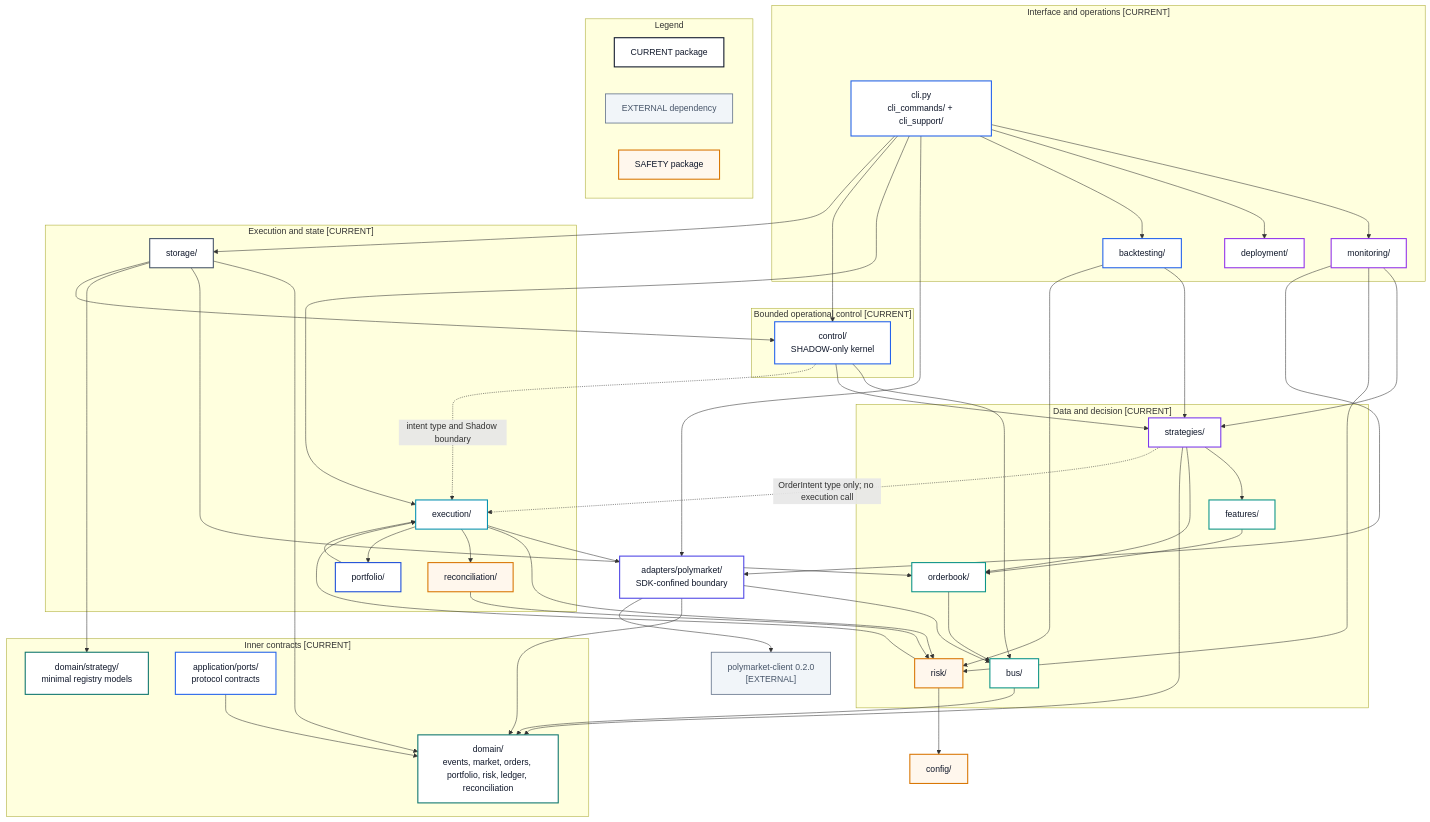
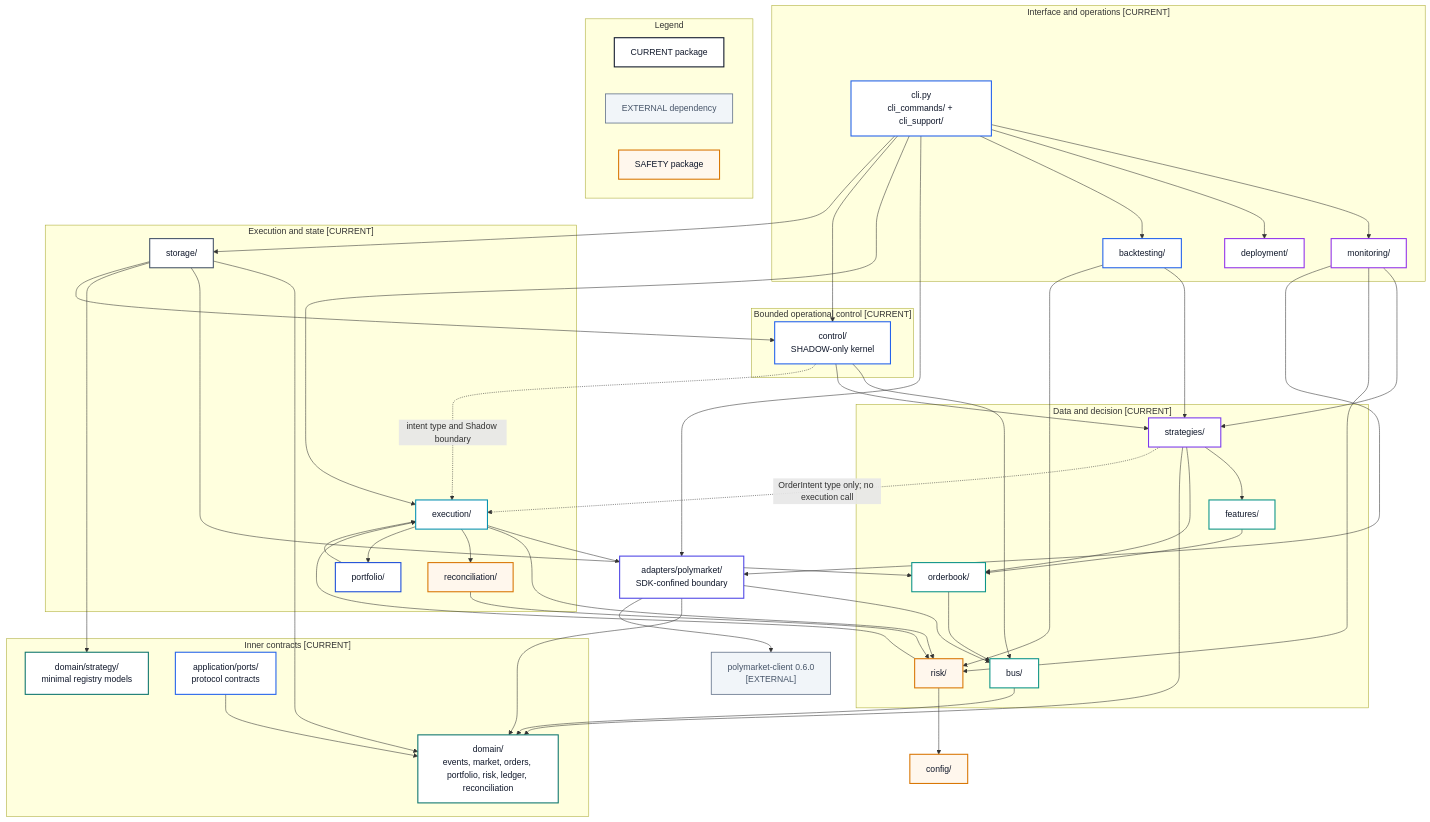
Before and after one commit to PolySia-Systems/Platform: the diagram in docs/04-architecture/visual-system/views/05-current-component-map.md, drawn with Mermaid. The commit also changed 10 other files, not shown here.

Commit message:
docs(polymarket): record SDK 0.6 compatibility

```diff
--- a/docs/04-architecture/visual-system/views/05-current-component-map.md
+++ b/docs/04-architecture/visual-system/views/05-current-component-map.md
@@ -47,7 +47,7 @@
 
   Adapter["adapters/polymarket/\nSDK-confined boundary"]:::adapter
   Config["config/"]:::risk
-  SDK["polymarket-client 0.2.0\n[EXTERNAL]"]:::external
+  SDK["polymarket-client 0.6.0\n[EXTERNAL]"]:::external
 
   CLI --> Monitor
   CLI --> Deploy
```
